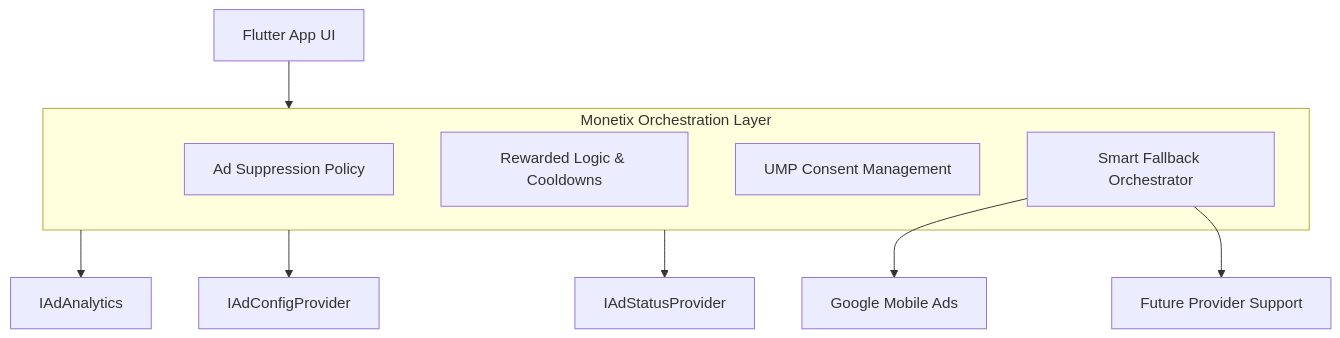
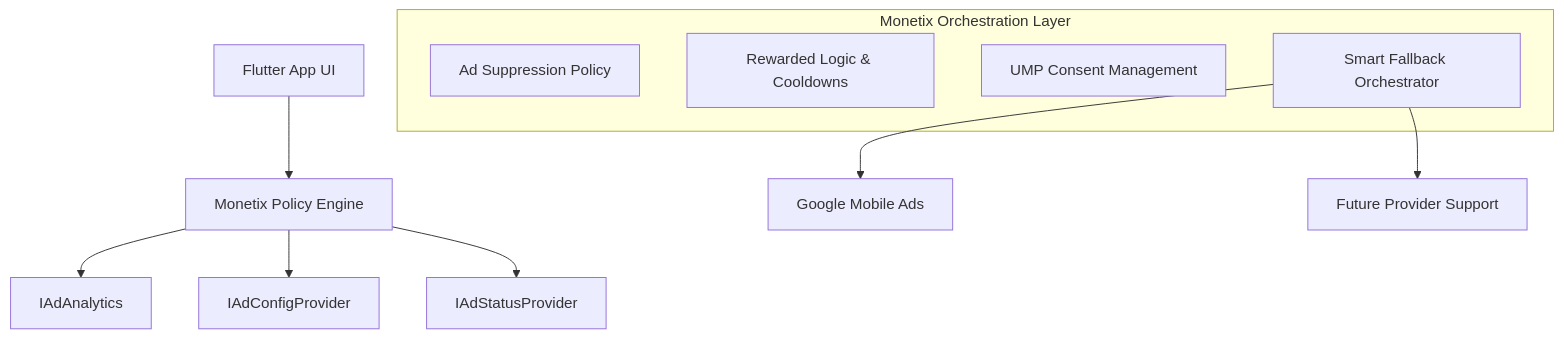
One commit to stfleurs/monetix_flutter changed the first of 2 diagrams in README.md. Above: the diagram before and after it, drawn with Mermaid. The commit also changed other lines of this file and 24 other files, not shown here.

````diff
--- a/README.md
+++ b/README.md
@@ -26,18 +26,18 @@
 ```mermaid
 graph TD
-    UI[Flutter App UI] --> Engine[Monetix Policy Engine]
+    UI[Flutter App UI] --> EngineNode[Monetix Policy Engine]
     
-    subgraph Engine [Monetix Orchestration Layer]
+    subgraph EngineSub ["Monetix Orchestration Layer"]
         Policy[Ad Suppression Policy]
         Rewarded[Rewarded Logic & Cooldowns]
         Consent[UMP Consent Management]
         Fallback[Smart Fallback Orchestrator]
     end
     
-    Engine --> Analytics[IAdAnalytics]
-    Engine --> Config[IAdConfigProvider]
-    Engine --> Status[IAdStatusProvider]
+    EngineNode --> Analytics[IAdAnalytics]
+    EngineNode --> Config[IAdConfigProvider]
+    EngineNode --> Status[IAdStatusProvider]
     
     Fallback --> AdMob[Google Mobile Ads]
     Fallback --> Others[Future Provider Support]
 ```
````
